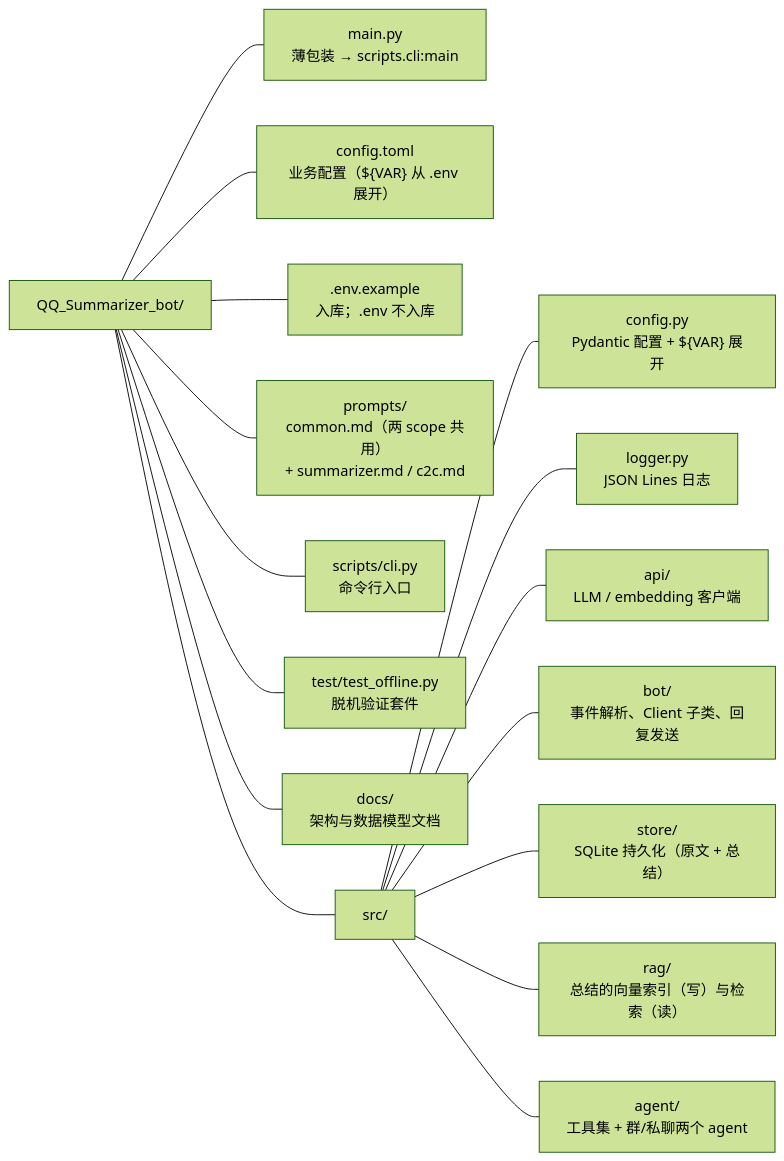
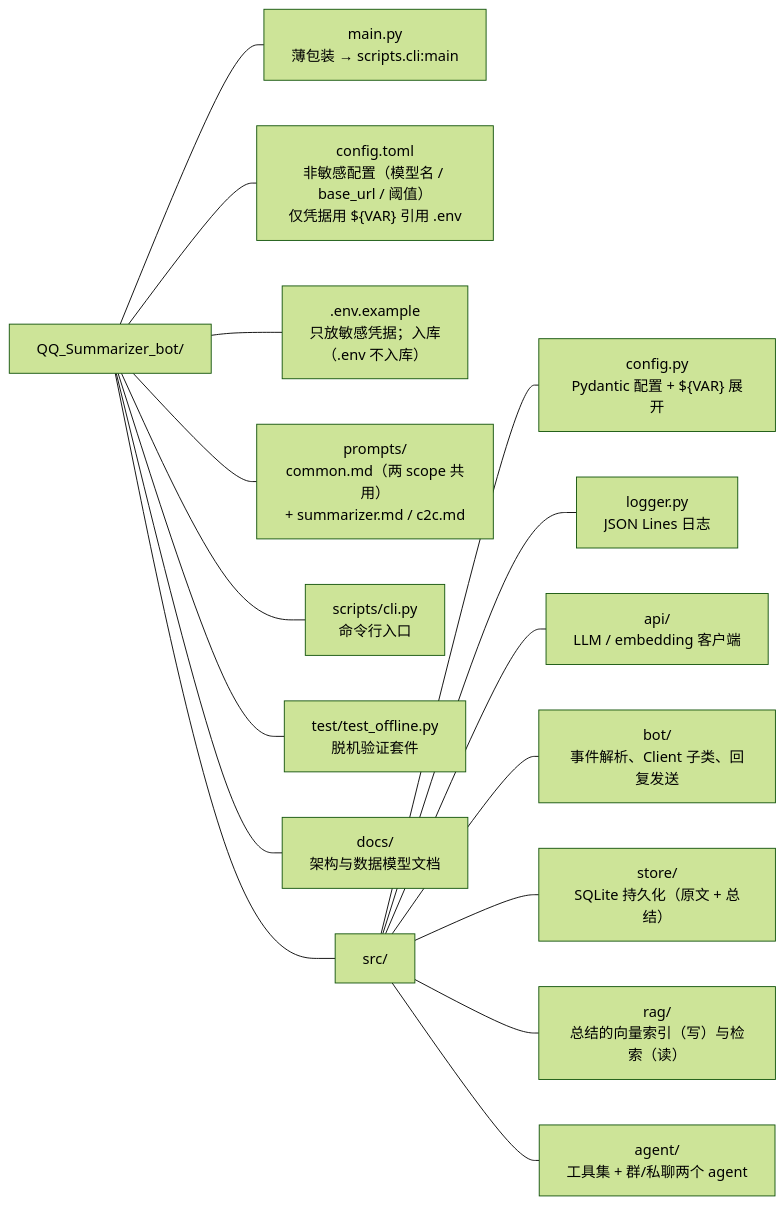
Before and after one commit to ttzc/QQ_Summarizer_bot: the second of 2 diagrams in README.md, drawn with Mermaid (forest theme). The commit also changed other lines of this file and 12 other files, not shown here.

First line of the commit message:
配置分层：.env 只放凭据，模型名与 base_url 移入 config.toml；正文按文本形态落库

````diff
--- a/README.md
+++ b/README.md
@@ -160,20 +156,20 @@
 ```mermaid
 flowchart LR
     ROOT["QQ_Summarizer_bot/"]
     ROOT --- MAIN["main.py<br/>薄包装 → scripts.cli:main"]
-    ROOT --- CFG["config.toml<br/>业务配置（${VAR} 从 .env 展开）"]
-    ROOT --- ENVF[".env.example<br/>入库；.env 不入库"]
+    ROOT --- CFG["config.toml<br/>非敏感配置（模型名 / base_url / 阈值）<br/>仅凭据用 ${VAR} 引用 .env"]
+    ROOT --- ENVF[".env.example<br/>只放敏感凭据；入库<br/>（.env 不入库）"]
     ROOT --- PROMPT["prompts/<br/>common.md（两 scope 共用）<br/>+ summarizer.md / c2c.md"]
     ROOT --- CLI["scripts/cli.py<br/>命令行入口"]
     ROOT --- TEST["test/test_offline.py<br/>脱机验证套件"]
     ROOT --- DOCS["docs/<br/>架构与数据模型文档"]
     ROOT --- SRC["src/"]
 
     SRC --- SC["config.py<br/>Pydantic 配置 + ${VAR} 展开"]
     SRC --- SL["logger.py<br/>JSON Lines 日志"]
     SRC --- SA["api/<br/>LLM / embedding 客户端"]
     SRC --- SB["bot/<br/>事件解析、Client 子类、回复发送"]
     SRC --- SS["store/<br/>SQLite 持久化（原文 + 总结）"]
     SRC --- SR["rag/<br/>总结的向量索引（写）与检索（读）"]
     SRC --- SG["agent/<br/>工具集 + 群/私聊两个 agent"]
 ```
````
